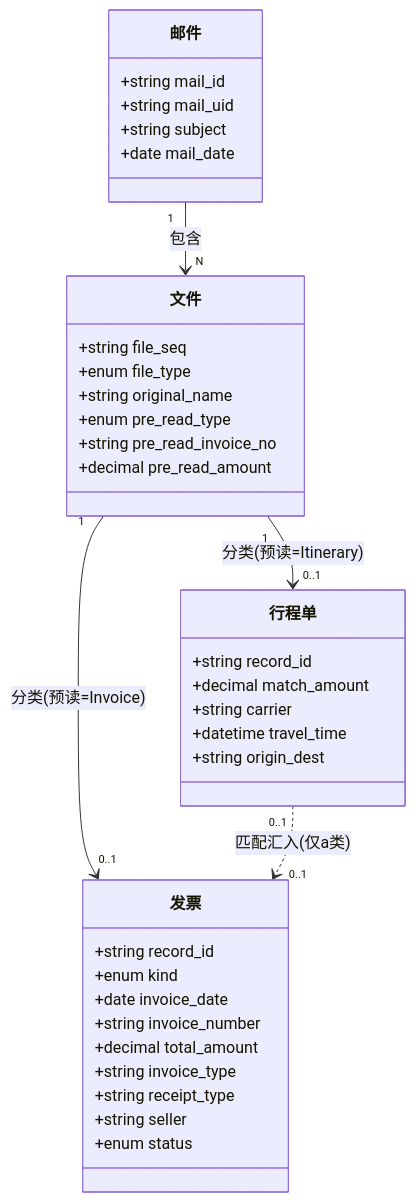
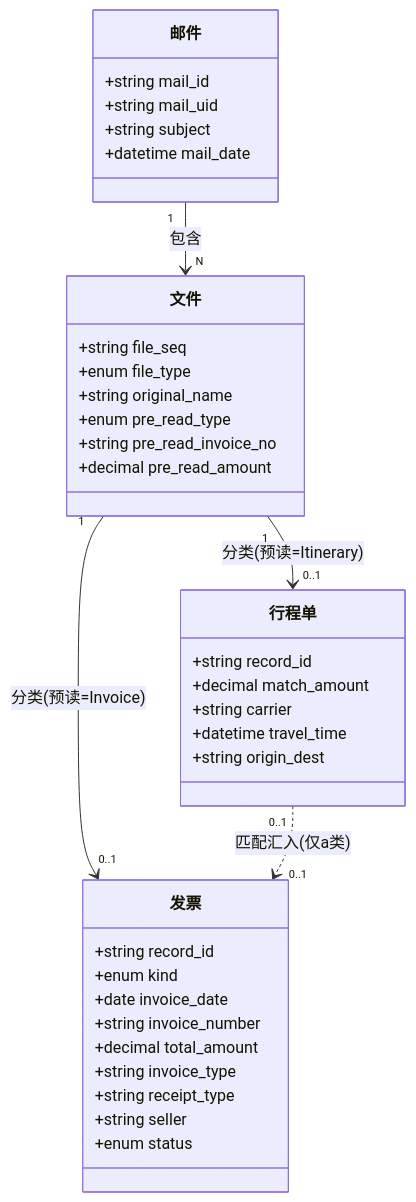
One commit to MUKE-git/Fapiao_Task changed the second of 3 diagrams in docs/重构方案.md. Above: the diagram before and after it, drawn with Mermaid. The commit also changed other lines of this file and 11 other files, not shown here.

````diff
--- a/docs/重构方案.md
+++ b/docs/重构方案.md
@@ -118,40 +118,40 @@
 ```mermaid
 classDiagram
     邮件 "1" --> "N" 文件 : 包含
     文件 "1" --> "0..1" 发票 : 分类(预读=Invoice)
     文件 "1" --> "0..1" 行程单 : 分类(预读=Itinerary)
     行程单 "0..1" ..> "0..1" 发票 : 匹配汇入(仅a类)
 
     class 邮件 {
         +string mail_id
         +string mail_uid
         +string subject
-        +date mail_date
+        +datetime mail_date
     }
     class 文件 {
         +string file_seq
         +enum file_type
         +string original_name
         +enum pre_read_type
         +string pre_read_invoice_no
         +decimal pre_read_amount
     }
     class 发票 {
         +string record_id
         +enum kind
         +date invoice_date
         +string invoice_number
         +decimal total_amount
         +string invoice_type
         +string receipt_type
         +string seller
         +enum status
     }
     class 行程单 {
         +string record_id
         +decimal match_amount
         +string carrier
         +datetime travel_time
         +string origin_dest
     }
 ```
````
